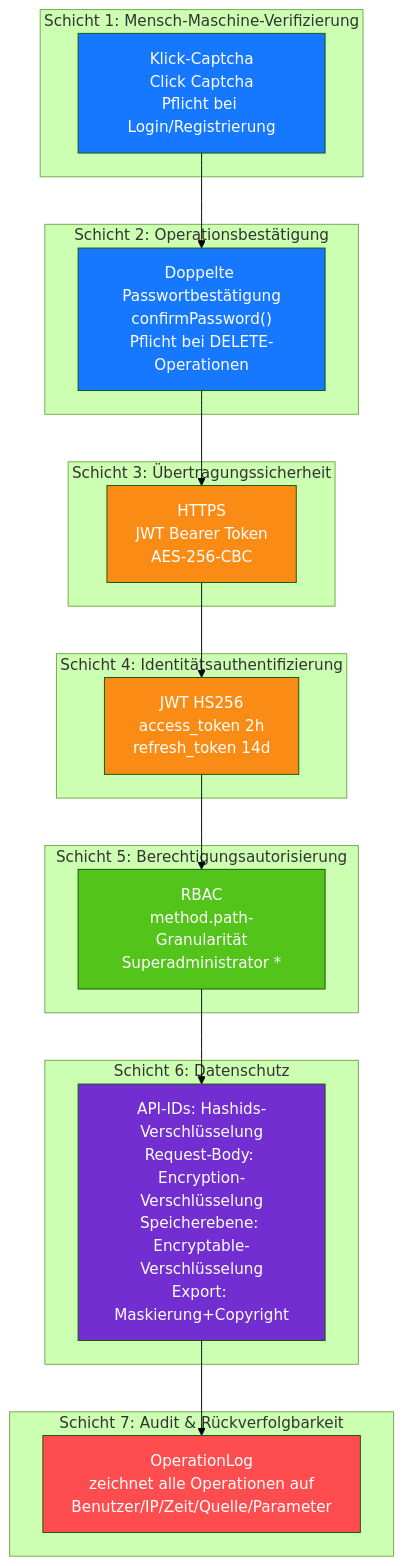
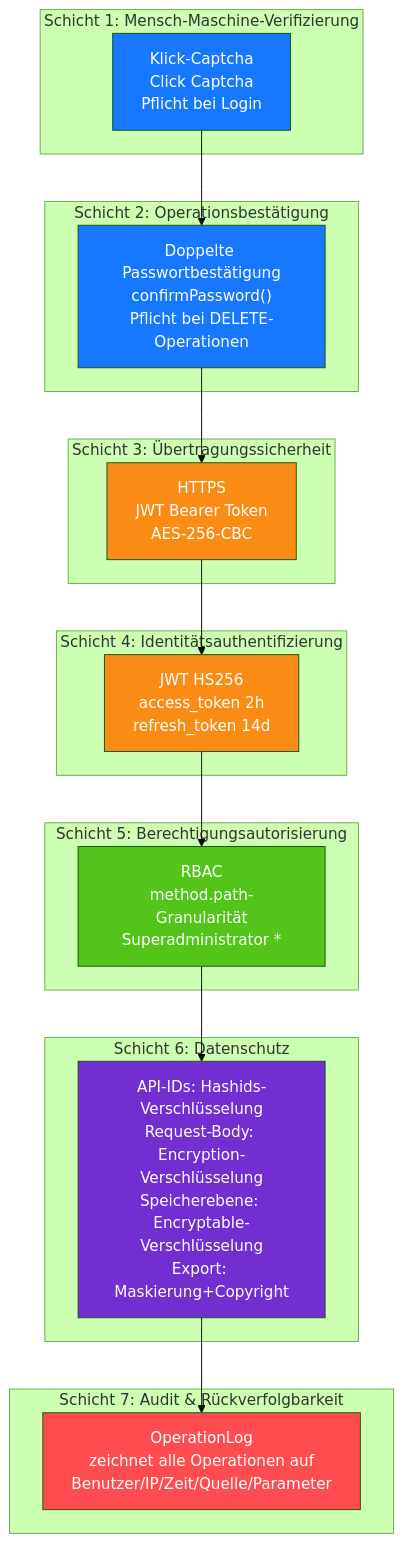
Diagram 13 of 14 in docs/ARCHITECTURE.de.md (erikwang2013/open-admin), drawn with Mermaid (forest theme) before and after one commit. The commit also changed other lines of this file and 115 other files, not shown here.

First line of the commit message:
功能：新增项目宠物「小安」、站点首页与手写 SVG 设计图集；全部文档对齐代码

````diff
--- a/docs/ARCHITECTURE.de.md
+++ b/docs/ARCHITECTURE.de.md
@@ -607,40 +597,40 @@
 ```mermaid
 flowchart TB
     subgraph "Schicht 1: Mensch-Maschine-Verifizierung"
-        L1["Klick-Captcha<br/>Click Captcha<br/>Pflicht bei Login/Registrierung"]
+        L1["Klick-Captcha<br/>Click Captcha<br/>Pflicht bei Login"]
     end
 
     subgraph "Schicht 2: Operationsbestätigung"
         L2["Doppelte Passwortbestätigung<br/>confirmPassword()<br/>Pflicht bei DELETE-Operationen"]
     end
 
     subgraph "Schicht 3: Übertragungssicherheit"
         L3["HTTPS<br/>JWT Bearer Token<br/>AES-256-CBC"]
     end
 
     subgraph "Schicht 4: Identitätsauthentifizierung"
         L4["JWT HS256<br/>access_token 2h<br/>refresh_token 14d"]
     end
 
     subgraph "Schicht 5: Berechtigungsautorisierung"
         L5["RBAC<br/>method.path-Granularität<br/>Superadministrator * "]
     end
 
     subgraph "Schicht 6: Datenschutz"
         L6["API-IDs: Hashids-Verschlüsselung<br/>Request-Body: Encryption-Verschlüsselung<br/>Speicherebene: Encryptable-Verschlüsselung<br/>Export: Maskierung+Copyright"]
     end
 
     subgraph "Schicht 7: Audit & Rückverfolgbarkeit"
         L7["OperationLog<br/>zeichnet alle Operationen auf<br/>Benutzer/IP/Zeit/Quelle/Parameter"]
     end
 
     L1 --> L2 --> L3 --> L4 --> L5 --> L6 --> L7
 
     style L1 fill:#1677FF,color:#fff
     style L2 fill:#1677FF,color:#fff
     style L3 fill:#FA8C16,color:#fff
     style L4 fill:#FA8C16,color:#fff
     style L5 fill:#52C41A,color:#fff
     style L6 fill:#722ED1,color:#fff
     style L7 fill:#FF4D4F,color:#fff
 ```
````
